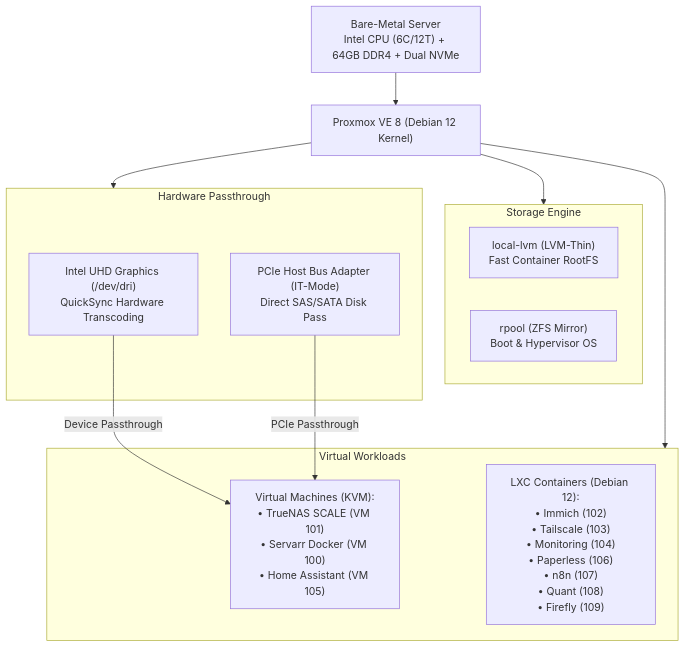
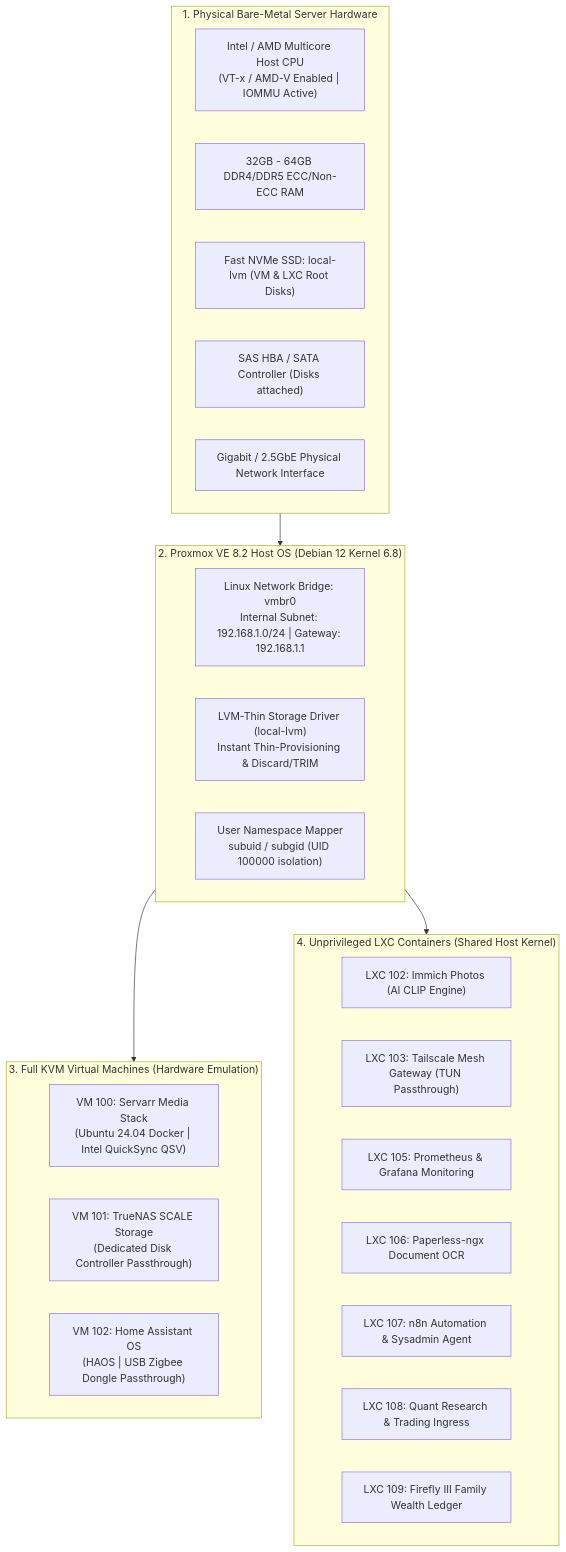
The diagram in services/proxmox-hypervisor/README.md (nishilshah/homelab-blueprints), drawn with Mermaid before and after one commit. The commit also changed other lines of this file and 12 other files, not shown here.

Commit message:
docs: enrich all service blueprints with deep architecture, cross-service linkages, and decision rationale

````diff
--- a/services/proxmox-hypervisor/README.md
+++ b/services/proxmox-hypervisor/README.md
@@ -23,27 +26,37 @@
 ```mermaid
 flowchart TD
-    Hardware["Bare-Metal Server<br/>Intel CPU (6C/12T) + 64GB DDR4 + Dual NVMe"]
-    PVE["Proxmox VE 8 (Debian 12 Kernel)"]
-    Hardware --> PVE
-
-    subgraph StorageEngine ["Storage Engine"]
-        ZFS["local-lvm (LVM-Thin)<br/>Fast Container RootFS"]
-        ZFSBoot["rpool (ZFS Mirror)<br/>Boot & Hypervisor OS"]
+    subgraph BareMetal ["1. Physical Bare-Metal Server Hardware"]
+        CPU["Intel / AMD Multicore Host CPU<br/>(VT-x / AMD-V Enabled | IOMMU Active)"]
+        RAM["32GB - 64GB DDR4/DDR5 ECC/Non-ECC RAM"]
+        NVMe["Fast NVMe SSD: local-lvm (VM & LXC Root Disks)"]
+        HBA["SAS HBA / SATA Controller (Disks attached)"]
+        NIC["Gigabit / 2.5GbE Physical Network Interface"]
     end
 
-    subgraph Passthrough ["Hardware Passthrough"]
-        GPU["Intel UHD Graphics (/dev/dri)<br/>QuickSync Hardware Transcoding"]
-        HBA["PCIe Host Bus Adapter (IT-Mode)<br/>Direct SAS/SATA Disk Pass"]
+    subgraph ProxmoxHost ["2. Proxmox VE 8.2 Host OS (Debian 12 Kernel 6.8)"]
+        Bridge["Linux Network Bridge: vmbr0<br/>Internal Subnet: 192.168.1.0/24 | Gateway: 192.168.1.1"]
+        LVMThin["LVM-Thin Storage Driver (local-lvm)<br/>Instant Thin-Provisioning & Discard/TRIM"]
+        SubUID["User Namespace Mapper<br/>subuid / subgid (UID 100000 isolation)"]
     end
 
-    subgraph Workloads ["Virtual Workloads"]
-        VMs["Virtual Machines (KVM):<br/>• TrueNAS SCALE (VM 101)<br/>• Servarr Docker (VM 100)<br/>• Home Assistant (VM 105)"]
-        LXCs["LXC Containers (Debian 12):<br/>• Immich (102)<br/>• Tailscale (103)<br/>• Monitoring (104)<br/>• Paperless (106)<br/>• n8n (107)<br/>• Quant (108)<br/>• Firefly (109)"]
+    BareMetal --> ProxmoxHost
+
+    subgraph KVM_VMs ["3. Full KVM Virtual Machines (Hardware Emulation)"]
+        VM100["VM 100: Servarr Media Stack<br/>(Ubuntu 24.04 Docker | Intel QuickSync QSV)"]
+        VM101["VM 101: TrueNAS SCALE Storage<br/>(Dedicated Disk Controller Passthrough)"]
+        VM102["VM 102: Home Assistant OS<br/>(HAOS | USB Zigbee Dongle Passthrough)"]
     end
 
-    PVE --> StorageEngine
-    PVE --> Passthrough
-    PVE --> Workloads
-    GPU -->|Device Passthrough| VMs
-    HBA -->|PCIe Passthrough| VMs
+    subgraph LXC_Containers ["4. Unprivileged LXC Containers (Shared Host Kernel)"]
+        LXC102["LXC 102: Immich Photos (AI CLIP Engine)"]
+        LXC103["LXC 103: Tailscale Mesh Gateway (TUN Passthrough)"]
+        LXC105["LXC 105: Prometheus & Grafana Monitoring"]
+        LXC106["LXC 106: Paperless-ngx Document OCR"]
+        LXC107["LXC 107: n8n Automation & Sysadmin Agent"]
+        LXC108["LXC 108: Quant Research & Trading Ingress"]
+        LXC109["LXC 109: Firefly III Family Wealth Ledger"]
+    end
+
+    ProxmoxHost --> KVM_VMs
+    ProxmoxHost --> LXC_Containers
 ```
````
